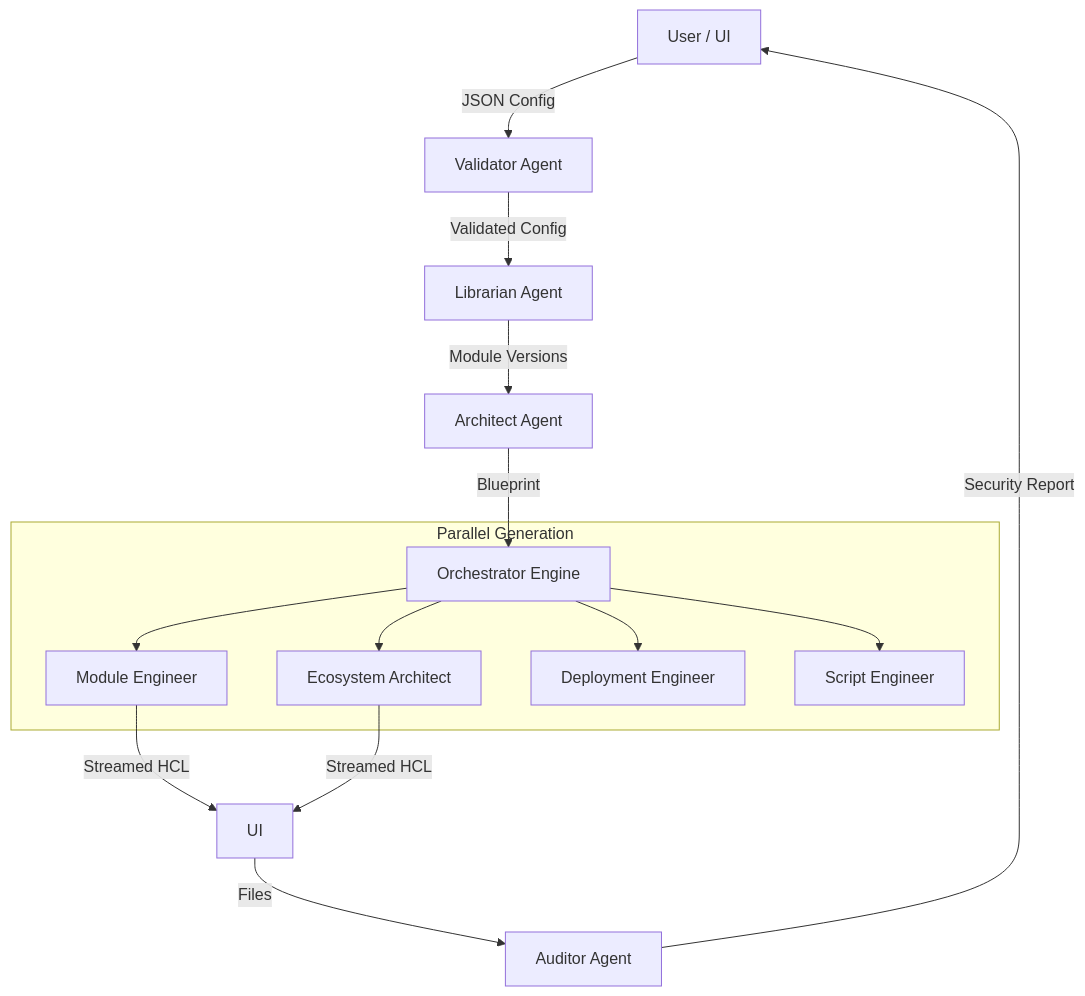
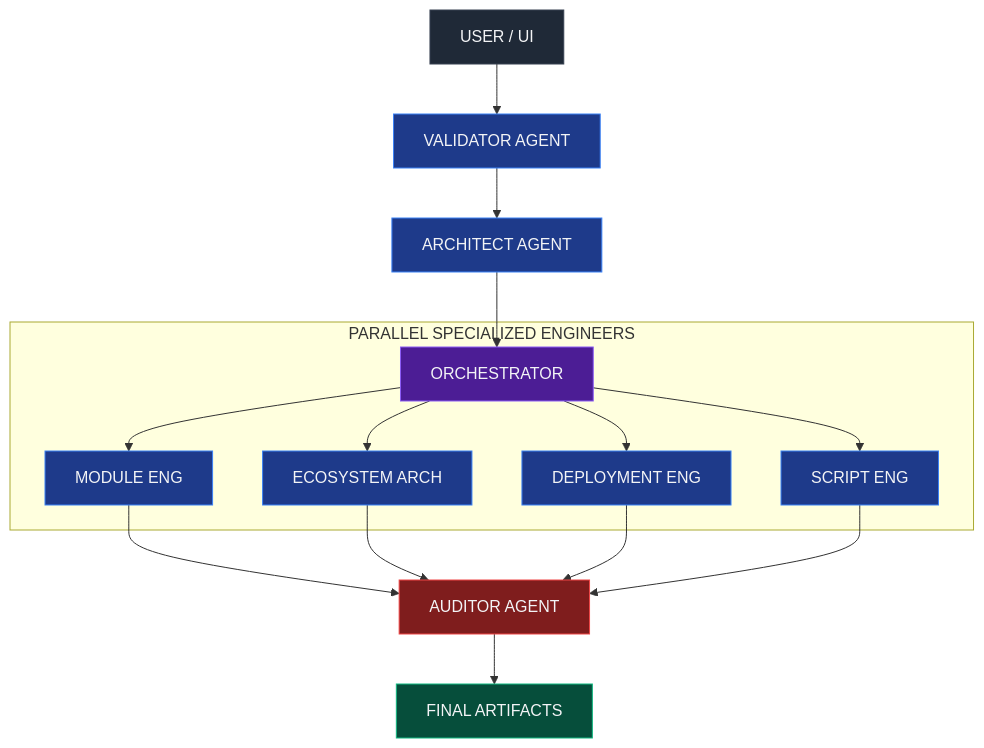
One commit to Farheen-J/cloudaccel-agent changed the diagram in README.md. Above: the diagram before and after it, drawn with Mermaid.

Commit message:
docs: Update README architecture diagram
Refine the CloudAccel Agent architecture diagram in the README. The diagram now more accurately reflects the flow from user input through specialized engineers to the auditor agent, culminating in final artifacts. This provides a clearer visual understanding of the agent's operational flow.

````diff
--- a/README.md
+++ b/README.md
@@ -21,20 +21,32 @@
 ```mermaid
 graph TD
-    User[User / UI] -->|JSON Config| Validator[Validator Agent]
-    Validator -->|Validated Config| Librarian[Librarian Agent]
-    Librarian -->|Module Versions| Architect[Architect Agent]
-    Architect -->|Blueprint| Orchestrator[Orchestrator Engine]
+    User[USER / UI] --> Validator[VALIDATOR AGENT]
+    Validator --> Architect[ARCHITECT AGENT]
+    Architect --> Orchestrator[ORCHESTRATOR]
     
-    subgraph "Parallel Generation"
-        Orchestrator --> ModEng[Module Engineer]
-        Orchestrator --> EcoArch[Ecosystem Architect]
-        Orchestrator --> DeployEng[Deployment Engineer]
-        Orchestrator --> ScriptEng[Script Engineer]
+    subgraph "PARALLEL SPECIALIZED ENGINEERS"
+        Orchestrator --> ModEng[MODULE ENG]
+        Orchestrator --> EcoArch[ECOSYSTEM ARCH]
+        Orchestrator --> DepEng[DEPLOYMENT ENG]
+        Orchestrator --> ScrEng[SCRIPT ENG]
     end
     
-    ModEng -->|Streamed HCL| UI
-    EcoArch -->|Streamed HCL| UI
+    ModEng --> Auditor[AUDITOR AGENT]
+    EcoArch --> Auditor
+    DepEng --> Auditor
+    ScrEng --> Auditor
     
-    UI -->|Files| Auditor[Auditor Agent]
-    Auditor -->|Security Report| User
+    Auditor --> Final[FINAL ARTIFACTS]
+    
+    %% Styling to match the SVG colors
+    style User fill:#1f2937,stroke:#374151,color:#f3f4f6
+    style Validator fill:#1e3a8a,stroke:#3b82f6,color:#f3f4f6
+    style Architect fill:#1e3a8a,stroke:#3b82f6,color:#f3f4f6
+    style Orchestrator fill:#4c1d95,stroke:#8b5cf6,color:#f3f4f6
+    style ModEng fill:#1e3a8a,stroke:#3b82f6,color:#f3f4f6
+    style EcoArch fill:#1e3a8a,stroke:#3b82f6,color:#f3f4f6
+    style DepEng fill:#1e3a8a,stroke:#3b82f6,color:#f3f4f6
+    style ScrEng fill:#1e3a8a,stroke:#3b82f6,color:#f3f4f6
+    style Auditor fill:#7f1d1d,stroke:#ef4444,color:#f3f4f6
+    style Final fill:#064e3b,stroke:#10b981,color:#f3f4f6
 ```
````
